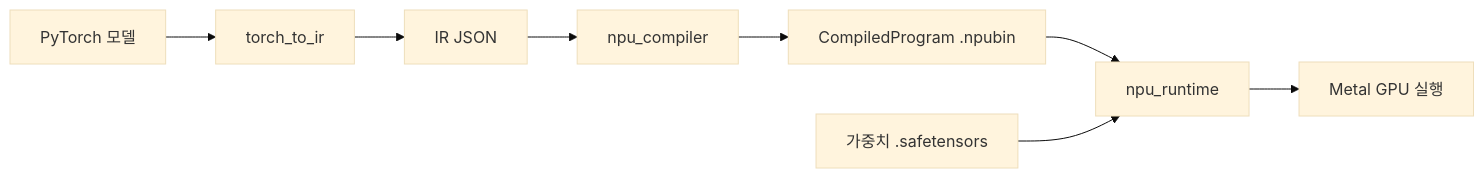
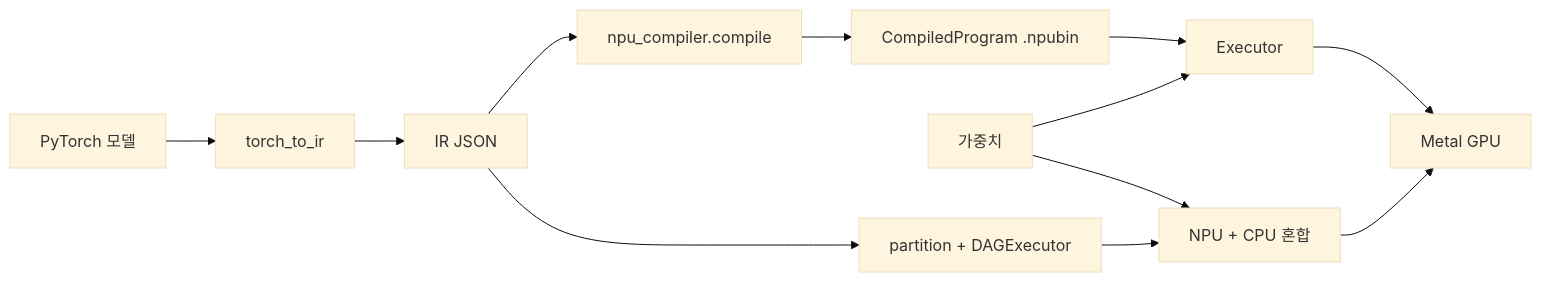
The diagram in docs/index.ko.md (sweetcocoa/pytorch-apple), drawn with Mermaid (base theme) before and after one commit. The commit also changed other lines of this file and 15 other files, not shown here.

First line of the commit message:
Update docs for graph partitioning pipeline

````diff
--- a/docs/index.ko.md
+++ b/docs/index.ko.md
@@ -60,10 +70,14 @@
 ```mermaid
 graph LR
     A[PyTorch 모델] --> B[torch_to_ir]
     B --> C[IR JSON]
-    C --> D[npu_compiler]
-    D --> E[CompiledProgram .npubin]
-    E --> F[npu_runtime]
-    G[가중치 .safetensors] --> F
-    F --> H[Metal GPU 실행]
+    C --> D1[npu_compiler.compile]
+    D1 --> E[CompiledProgram .npubin]
+    E --> F1[Executor]
+    G[가중치] --> F1
+    F1 --> H[Metal GPU]
+    C --> D2[partition + DAGExecutor]
+    D2 --> F2[NPU + CPU 혼합]
+    G --> F2
+    F2 --> H
 ```
````
